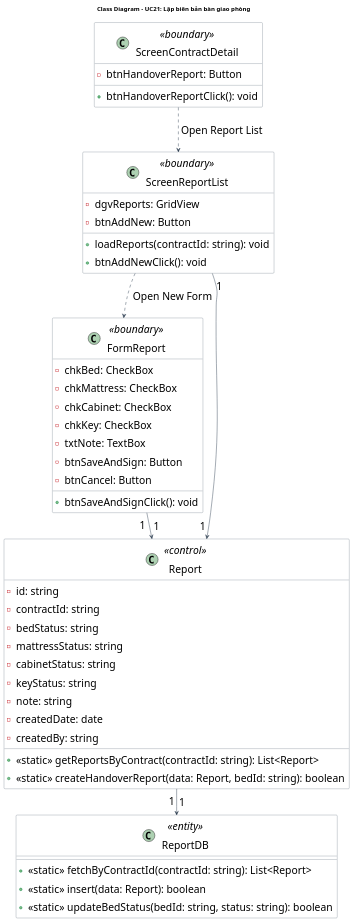
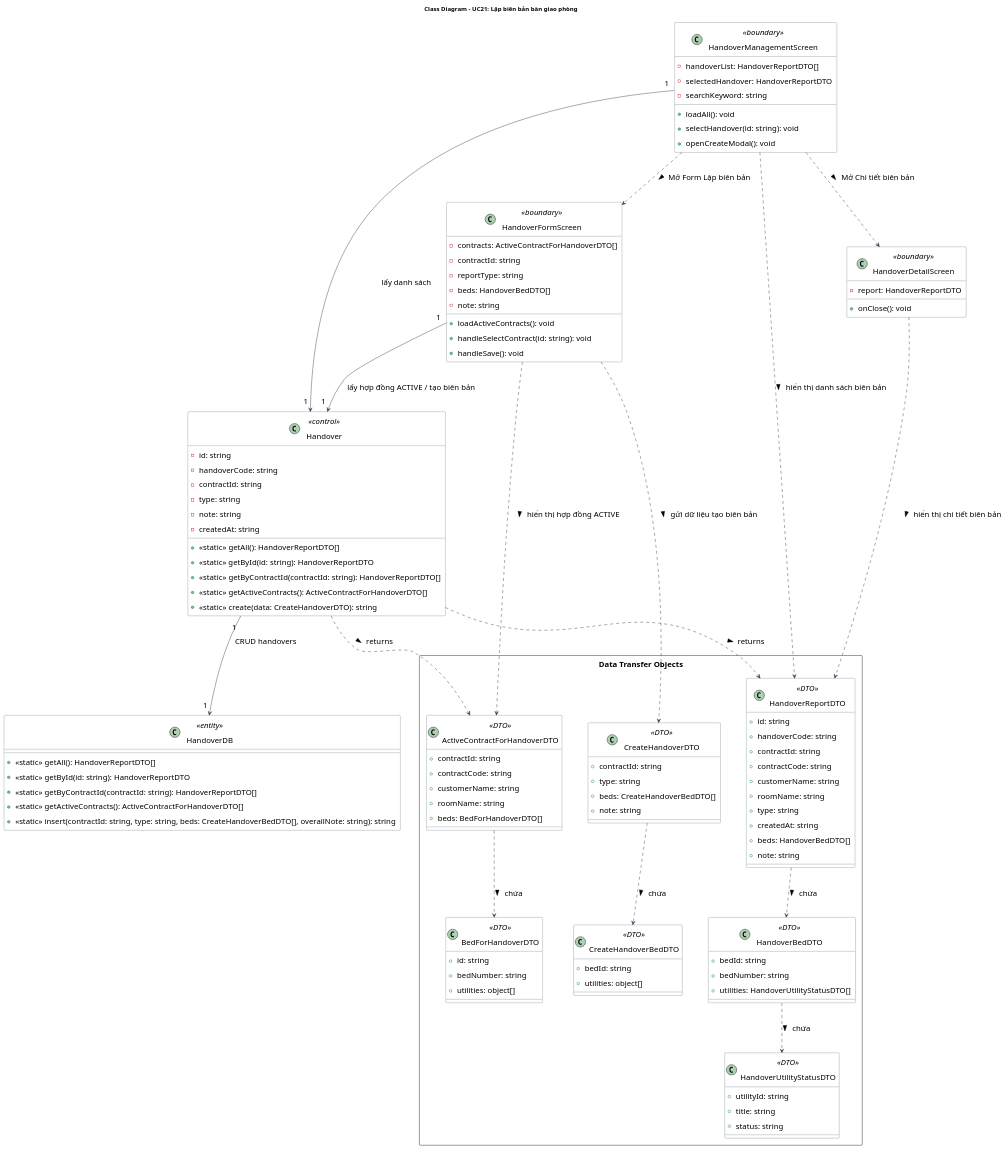
The diagram in doc/system/bien_ban_ban_giao_phong/QuanLyBienBan_ClassDiagram.wsd (Gnourt812005/HCMUS-Analyze-and-desgin-IS), drawn with PlantUML before and after one commit. The commit also changed 7 other files, not shown here.

Commit message:
fix class diagram + sequence quản lý hợp đồng, quản lý biên bản bàn giao

```diff
--- a/doc/system/bien_ban_ban_giao_phong/QuanLyBienBan_ClassDiagram.wsd
+++ b/doc/system/bien_ban_ban_giao_phong/QuanLyBienBan_ClassDiagram.wsd
@@ -1,67 +1,164 @@
 @startuml QuanLyBienBan_ClassDiagram
 title Class Diagram - UC21: Lập biên bản bàn giao phòng
 
 ' --- STYLE CONFIGURATION ---
 skinparam {
     ClassBackgroundColor White
     ClassBorderColor #2D3E50
     ArrowColor #2D3E50
     DefaultFontName "Arial"
-    DefaultFontSize 24
+    DefaultFontSize 18
     Padding 5
+    Nodesep 60
+    Ranksep 80
 }
 
-' --- BOUNDARY LAYER ---
-class "ScreenContractDetail" as ScreenCD <<boundary>> {
-    - btnHandoverReport: Button
-    + btnHandoverReportClick(): void
+' ==========================================
+' 1. SHARED LAYER (DTOs)
+' ==========================================
+package "Data Transfer Objects" <<Rectangle>> {
+
+    class "HandoverUtilityStatusDTO" as UtilStatusDTO <<DTO>> {
+        + utilityId: string
+        + title: string
+        + status: string
+    }
+
+    class "HandoverBedDTO" as BedDTO <<DTO>> {
+        + bedId: string
+        + bedNumber: string
+        + utilities: HandoverUtilityStatusDTO[]
+    }
+
+    class "HandoverReportDTO" as ReportDTO <<DTO>> {
+        + id: string
+        + handoverCode: string
+        + contractId: string
+        + contractCode: string
+        + customerName: string
+        + roomName: string
+        + type: string
+        + createdAt: string
+        + beds: HandoverBedDTO[]
+        + note: string
+    }
+
+    class "BedForHandoverDTO" as BedForHandoverDTO <<DTO>> {
+        + id: string
+        + bedNumber: string
+        + utilities: object[]
+    }
+
+    class "ActiveContractForHandoverDTO" as ActiveContractDTO <<DTO>> {
+        + contractId: string
+        + contractCode: string
+        + customerName: string
+        + roomName: string
+        + beds: BedForHandoverDTO[]
+    }
+
+    class "CreateHandoverBedDTO" as CreateBedDTO <<DTO>> {
+        + bedId: string
+        + utilities: object[]
+    }
+
+    class "CreateHandoverDTO" as CreateDTO <<DTO>> {
+        + contractId: string
+        + type: string
+        + beds: CreateHandoverBedDTO[]
+        + note: string
+    }
 }
 
-class "ScreenReportList" as ScreenRL <<boundary>> {
-    - dgvReports: GridView
-    - btnAddNew: Button
-    + loadReports(contractId: string): void
-    + btnAddNewClick(): void
+' ==========================================
+' 2. BOUNDARY LAYER (FRONTEND VIEWS)
+' ==========================================
+class "HandoverManagementScreen" as GUI_List <<boundary>> {
+    - handoverList: HandoverReportDTO[]
+    - selectedHandover: HandoverReportDTO
+    - searchKeyword: string
+
+    + loadAll(): void
+    + selectHandover(id: string): void
+    + openCreateModal(): void
 }
 
-class "FormReport" as FormReport <<boundary>> {
-    - chkBed: CheckBox
-    - chkMattress: CheckBox
-    - chkCabinet: CheckBox
-    - chkKey: CheckBox
-    - txtNote: TextBox
-    - btnSaveAndSign: Button
-    - btnCancel: Button
-    + btnSaveAndSignClick(): void
+class "HandoverFormScreen" as GUI_Form <<boundary>> {
+    - contracts: ActiveContractForHandoverDTO[]
+    - contractId: string
+    - reportType: string
+    - beds: HandoverBedDTO[]
+    - note: string
+
+    + loadActiveContracts(): void
+    + handleSelectContract(id: string): void
+    + handleSave(): void
 }
 
-' --- BUSINESS LAYER ---
-class "Report" as Report <<control>> {
-    - id: string
-    - contractId: string
-    - bedStatus: string
-    - mattressStatus: string
-    - cabinetStatus: string
-    - keyStatus: string
-    - note: string
-    - createdDate: date
-    - createdBy: string
-    + <<static>> getReportsByContract(contractId: string): List<Report>
-    + <<static>> createHandoverReport(data: Report, bedId: string): boolean
+class "HandoverDetailScreen" as GUI_Detail <<boundary>> {
+    - report: HandoverReportDTO
+
+    + onClose(): void
 }
 
-' --- DATABASE LAYER ---
-class "ReportDB" as ReportDB <<entity>> {
-    + <<static>> fetchByContractId(contractId: string): List<Report>
-    + <<static>> insert(data: Report): boolean
-    + <<static>> updateBedStatus(bedId: string, status: string): boolean
+' ==========================================
+' 3. CONTROL LAYER (BUSINESS LOGIC)
+' ==========================================
+class "Handover" as Handover <<control>> {
+    - id: string
+    - handoverCode: string
+    - contractId: string
+    - type: string
+    - note: string
+    - createdAt: string
+
+    + <<static>> getAll(): HandoverReportDTO[]
+    + <<static>> getById(id: string): HandoverReportDTO
+    + <<static>> getByContractId(contractId: string): HandoverReportDTO[]
+    + <<static>> getActiveContracts(): ActiveContractForHandoverDTO[]
+    + <<static>> create(data: CreateHandoverDTO): string
 }
 
-' --- RELATIONSHIPS ---
-ScreenCD ..> ScreenRL : Open Report List
-ScreenRL "1" --> "1" Report
-FormReport "1" --> "1" Report
-Report "1" --> "1" ReportDB
-ScreenRL ..> FormReport : Open New Form
+' ==========================================
+' 4. ENTITY LAYER (DATABASE)
+' ==========================================
+class "HandoverDB" as HandoverDB <<entity>> {
+    + <<static>> getAll(): HandoverReportDTO[]
+    + <<static>> getById(id: string): HandoverReportDTO
+    + <<static>> getByContractId(contractId: string): HandoverReportDTO[]
+    + <<static>> getActiveContracts(): ActiveContractForHandoverDTO[]
+    + <<static>> insert(contractId: string, type: string, beds: CreateHandoverBedDTO[], overallNote: string): string
+}
+
+' ==========================================
+' RELATIONSHIPS
+' ==========================================
+
+' Quan hệ nội bộ giữa các DTO
+ReportDTO      ..> BedDTO        : "chứa >"
+BedDTO         ..> UtilStatusDTO : "chứa >"
+ActiveContractDTO ..> BedForHandoverDTO : "chứa >"
+CreateDTO      ..> CreateBedDTO  : "chứa >"
+
+' Luồng điều hướng UI
+GUI_List ..> GUI_Form   : "Mở Form Lập biên bản >"
+GUI_List ..> GUI_Detail : "Mở Chi tiết biên bản >"
+
+' UI sử dụng DTO để hiển thị
+GUI_List   ..> ReportDTO        : "hiển thị danh sách biên bản >"
+GUI_Detail ..> ReportDTO        : "hiển thị chi tiết biên bản >"
+GUI_Form   ..> ActiveContractDTO : "hiển thị hợp đồng ACTIVE >"
+GUI_Form   ..> CreateDTO         : "gửi dữ liệu tạo biên bản >"
+
+' UI gọi Business (Boundary -> Control)
+GUI_List "1" --> "1" Handover : "lấy danh sách"
+GUI_Form "1" --> "1" Handover : "lấy hợp đồng ACTIVE / tạo biên bản"
+
+' Business gọi DB (Control -> Entity)
+Handover "1" --> "1" HandoverDB : "CRUD handovers"
+
+' Business trả về DTO
+Handover ..> ReportDTO        : "returns >"
+Handover ..> ActiveContractDTO : "returns >"
 
 @enduml
```
